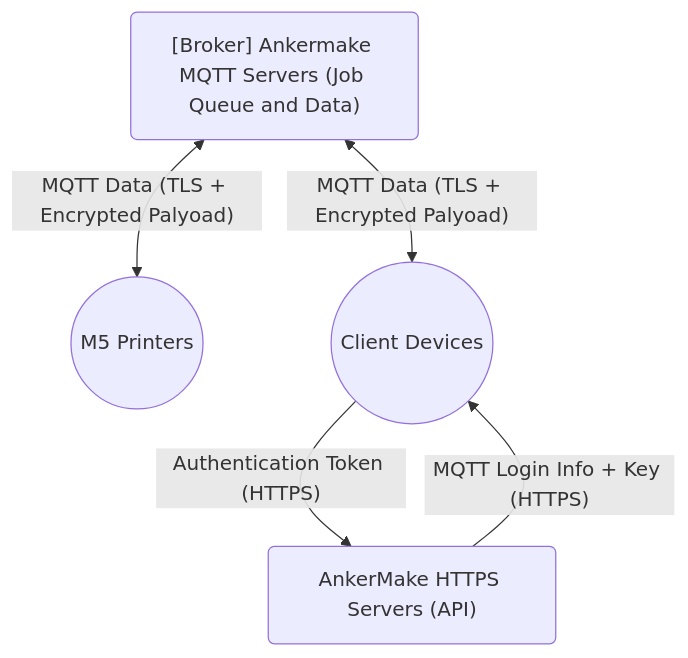
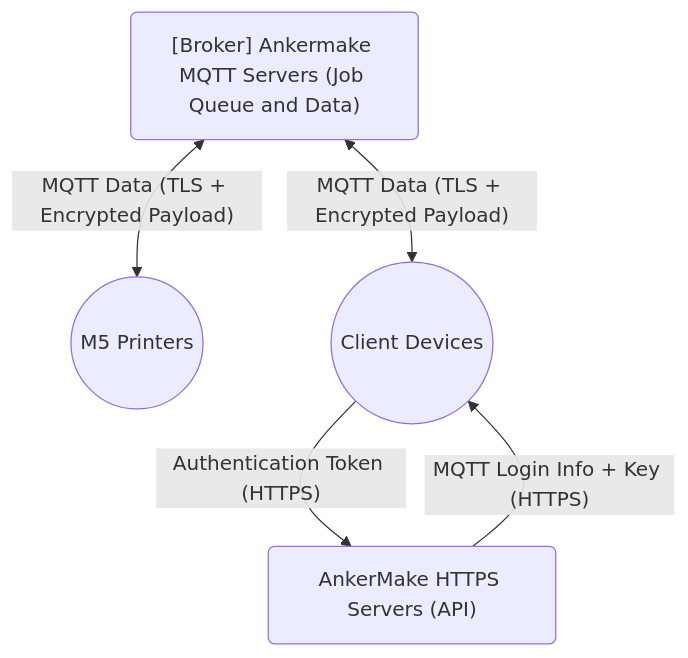
The diagram in documentation/mqtt-overview.md (Ankermgmt/ankermake-m5-protocol), drawn with Mermaid before and after one commit. The commit also changed other lines of this file and 1 other file, not shown here.

Commit message:
Fixed spelling errors excluded settings.json

````diff
--- a/documentation/mqtt-overview.md
+++ b/documentation/mqtt-overview.md
@@ -76,7 +76,7 @@
 ```mermaid
 graph
-    A("[Broker] Ankermake MQTT Servers (Job Queue and Data)") <-- "MQTT Data (TLS + Encrypted Palyoad)" --> B(("M5 Printers"))
-    A <-- "MQTT Data (TLS + Encrypted Palyoad)" --> C(("Client Devices"))
+    A("[Broker] Ankermake MQTT Servers (Job Queue and Data)") <-- "MQTT Data (TLS + Encrypted Payload)" --> B(("M5 Printers"))
+    A <-- "MQTT Data (TLS + Encrypted Payload)" --> C(("Client Devices"))
     D("AnkerMake HTTPS Servers (API)") -- "MQTT Login Info + Key (HTTPS)" --> C
     C -- "Authentication Token (HTTPS)" --> D
 ```
````
